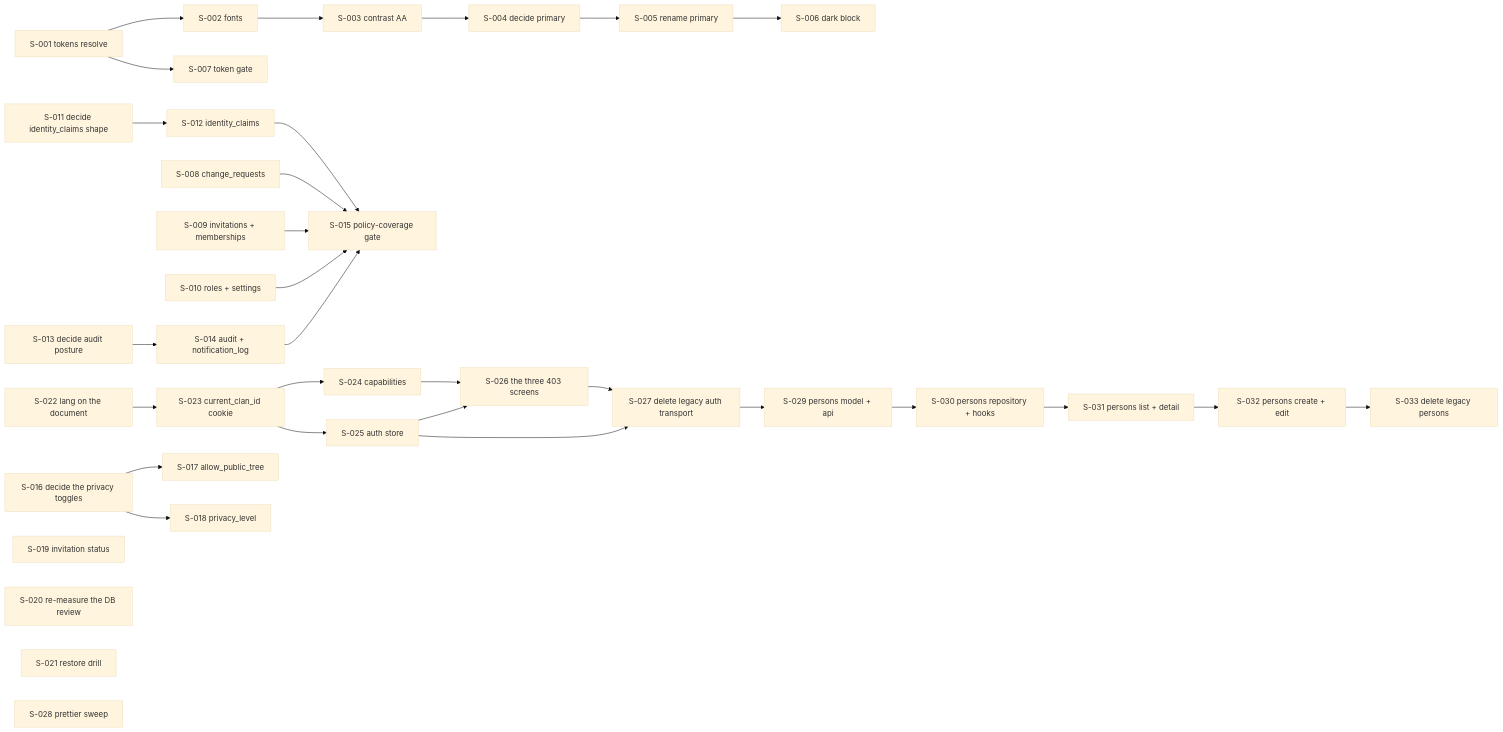
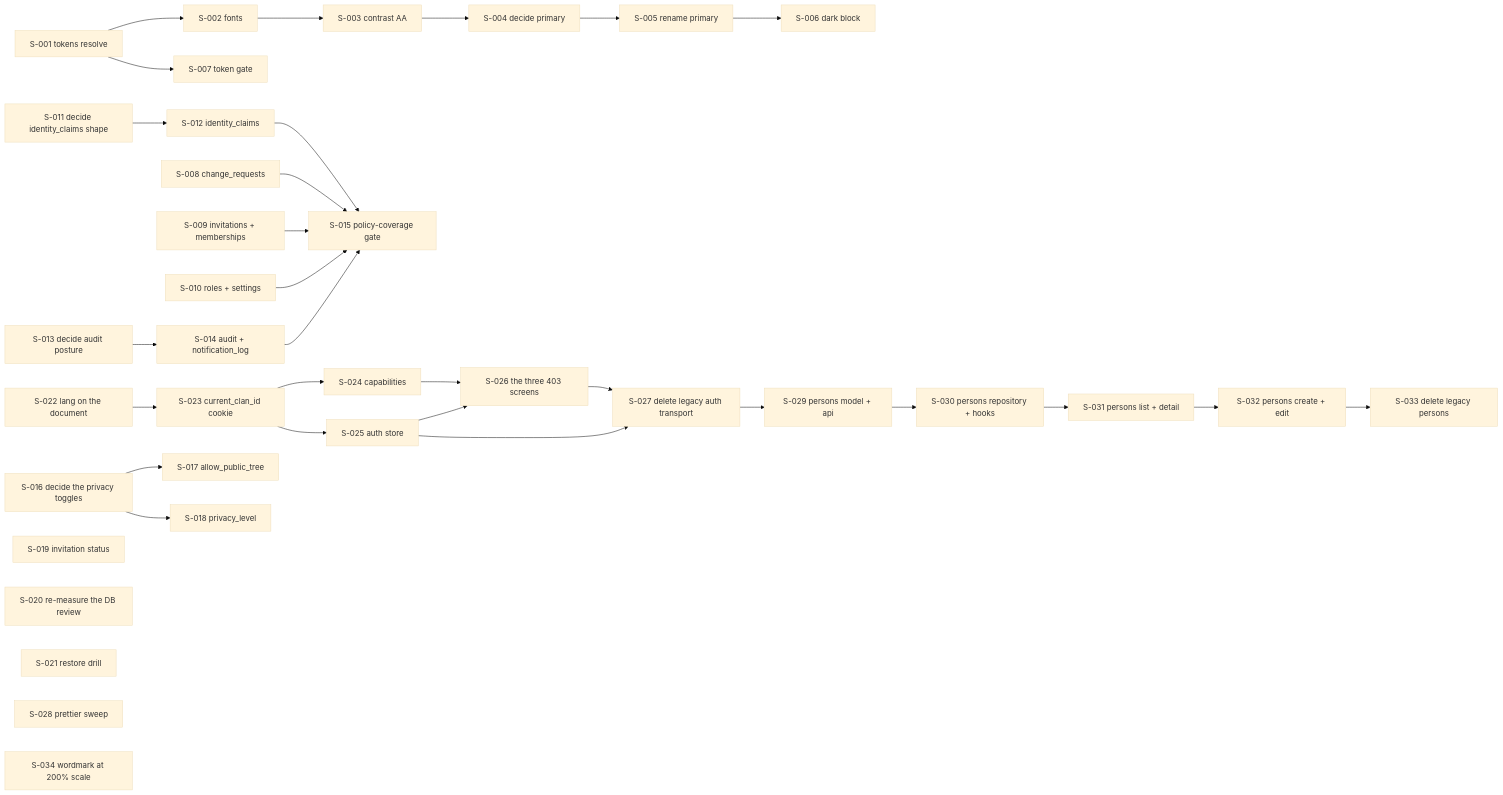
One commit to namphuongtran/familyroots changed the diagram in docs/SEEDS.md. Above: the diagram before and after it, drawn with Mermaid (base theme). The commit also changed other lines of this file and 10 other files, not shown here.

````diff
--- a/docs/SEEDS.md
+++ b/docs/SEEDS.md
@@ -106,37 +123,38 @@
 ```mermaid
 graph LR
   S001[S-001 tokens resolve] --> S002[S-002 fonts]
   S022[S-022 lang on the document] --> S023[S-023 current_clan_id cookie]
   S001 --> S007[S-007 token gate]
   S002 --> S003[S-003 contrast AA]
   S003 --> S004[S-004 decide primary]
   S004 --> S005[S-005 rename primary]
   S005 --> S006[S-006 dark block]
   S008[S-008 change_requests]
   S009[S-009 invitations + memberships]
   S010[S-010 roles + settings]
   S011[S-011 decide identity_claims shape] --> S012[S-012 identity_claims]
   S013[S-013 decide audit posture] --> S014[S-014 audit + notification_log]
   S008 --> S015[S-015 policy-coverage gate]
   S009 --> S015
   S010 --> S015
   S012 --> S015
   S014 --> S015
   S016[S-016 decide the privacy toggles] --> S017[S-017 allow_public_tree]
   S016 --> S018[S-018 privacy_level]
   S019[S-019 invitation status]
   S020[S-020 re-measure the DB review]
   S021[S-021 restore drill]
   S023 --> S024[S-024 capabilities]
   S023 --> S025[S-025 auth store]
   S024 --> S026[S-026 the three 403 screens]
   S025 --> S026
   S025 --> S027[S-027 delete legacy auth transport]
   S026 --> S027
   S028[S-028 prettier sweep]
+  S034[S-034 wordmark at 200% scale]
   S027 --> S029[S-029 persons model + api]
   S029 --> S030[S-030 persons repository + hooks]
   S030 --> S031[S-031 persons list + detail]
   S031 --> S032[S-032 persons create + edit]
   S032 --> S033[S-033 delete legacy persons]
 ```
````
